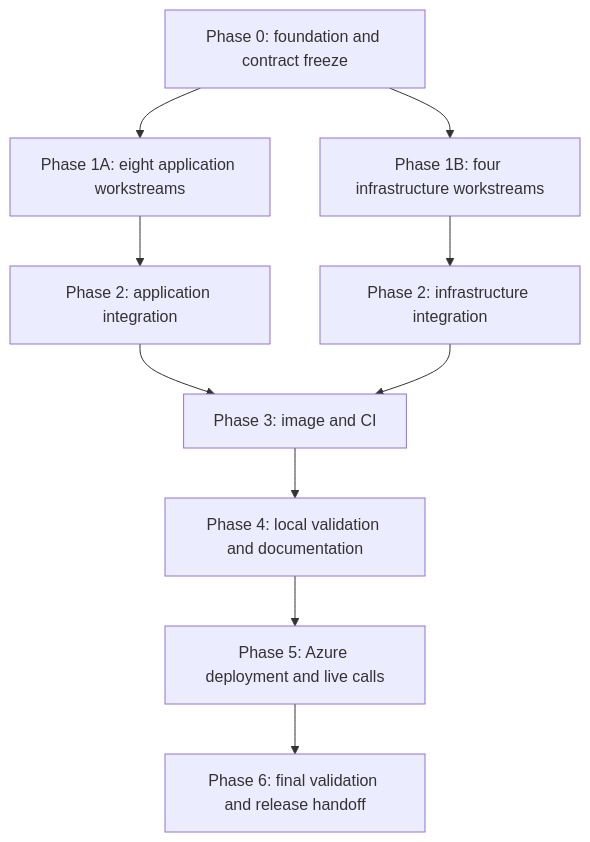
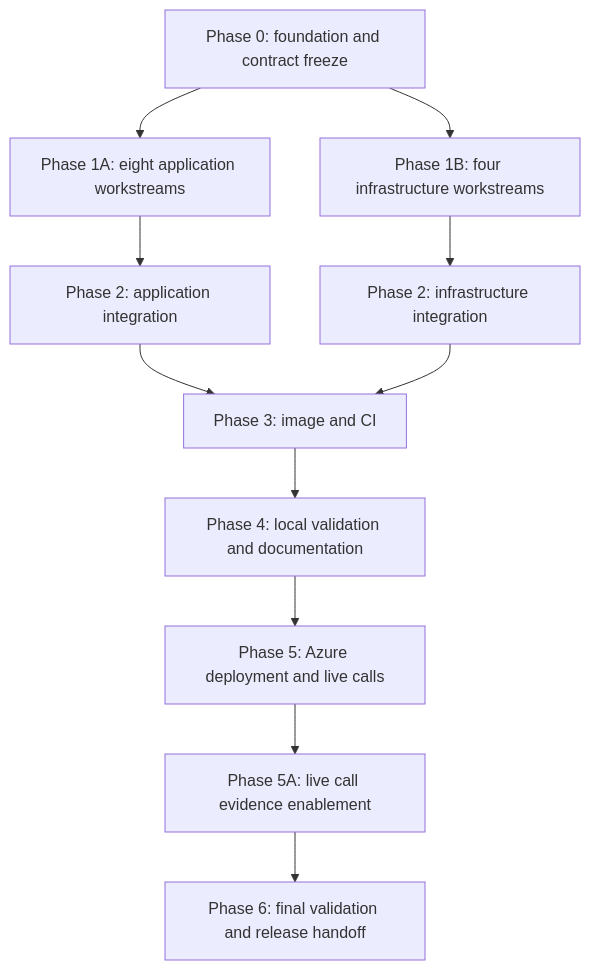
One commit to jason-theodorakopoulos/AskMyHuman changed the diagram in .copilot-tracking/plans/2026-09-15/ask-my-human-tight-mvp-plan.instructions.md. Above: the diagram before and after it, drawn with Mermaid. The commit also changed other lines of this file and 2 other files, not shown here.

First line of the commit message:
docs(tracking): plan the live call evidence enablement phase

````diff
--- a/.copilot-tracking/plans/2026-09-15/ask-my-human-tight-mvp-plan.instructions.md
+++ b/.copilot-tracking/plans/2026-09-15/ask-my-human-tight-mvp-plan.instructions.md
@@ -66,12 +66,13 @@
 ```mermaid
 flowchart TD
   F[Phase 0: foundation and contract freeze] --> A[Phase 1A: eight application workstreams]
   F --> I[Phase 1B: four infrastructure workstreams]
   A --> AI[Phase 2: application integration]
   I --> II[Phase 2: infrastructure integration]
   AI --> R[Phase 3: image and CI]
   II --> R
   R --> V[Phase 4: local validation and documentation]
   V --> D[Phase 5: Azure deployment and live calls]
-  D --> FV[Phase 6: final validation and release handoff]
+  D --> E[Phase 5A: live call evidence enablement]
+  E --> FV[Phase 6: final validation and release handoff]
 ```
````
